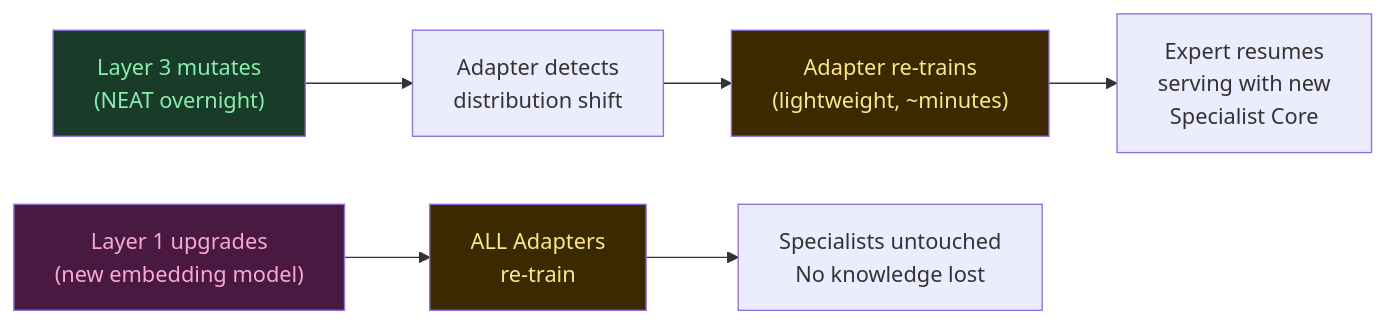
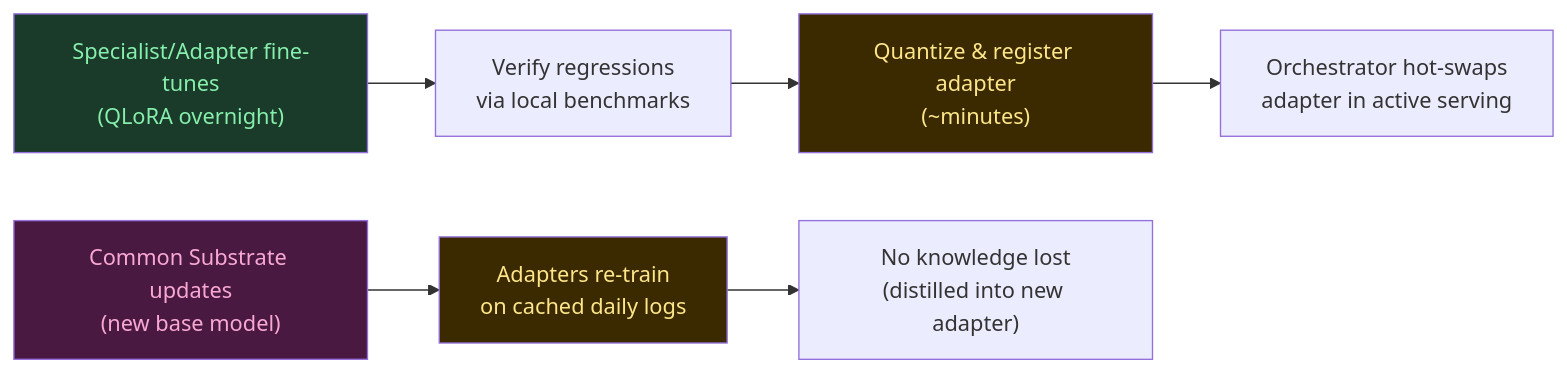
Before and after one commit to joanfgarcia/frankenswarm: the second of 2 diagrams in docs/ARCHITECTURE.md, drawn with Mermaid. The commit also changed other lines of this file and 3 other files, not shown here.

Commit message:
docs(architecture): recalibrate frankenswarm design to focus on python, PEFT/LoRA, and hybrid evolution/gradient paradigms

````diff
--- a/docs/ARCHITECTURE.md
+++ b/docs/ARCHITECTURE.md
@@ -445,14 +368,14 @@
 ```mermaid
 graph LR
-    A["Layer 3 mutates<br/>(NEAT overnight)"] --> B["Adapter detects<br/>distribution shift"]
-    B --> C["Adapter re-trains<br/>(lightweight, ~minutes)"]
-    C --> D["Expert resumes<br/>serving with new<br/>Specialist Core"]
+    A["Specialist/Adapter fine-tunes<br/>(QLoRA overnight)"] --> B["Verify regressions<br/>via local benchmarks"]
+    B --> C["Quantize & register adapter<br/>(~minutes)"]
+    C --> D["Orchestrator hot-swaps<br/>adapter in active serving"]
 
-    E["Layer 1 upgrades<br/>(new embedding model)"] --> F["ALL Adapters<br/>re-train"]
-    F --> G["Specialists untouched<br/>No knowledge lost"]
+    E["Common Substrate updates<br/>(new base model)"] --> F["Adapters re-train<br/>on cached daily logs"]
+    F --> G["No knowledge lost<br/>(distilled into new adapter)"]
 
     style A fill:#1a3a2a,color:#86EFAC
     style E fill:#4a1942,color:#F9A8D4
     style C fill:#3b2a00,color:#FDE68A
     style F fill:#3b2a00,color:#FDE68A
 ```
````
